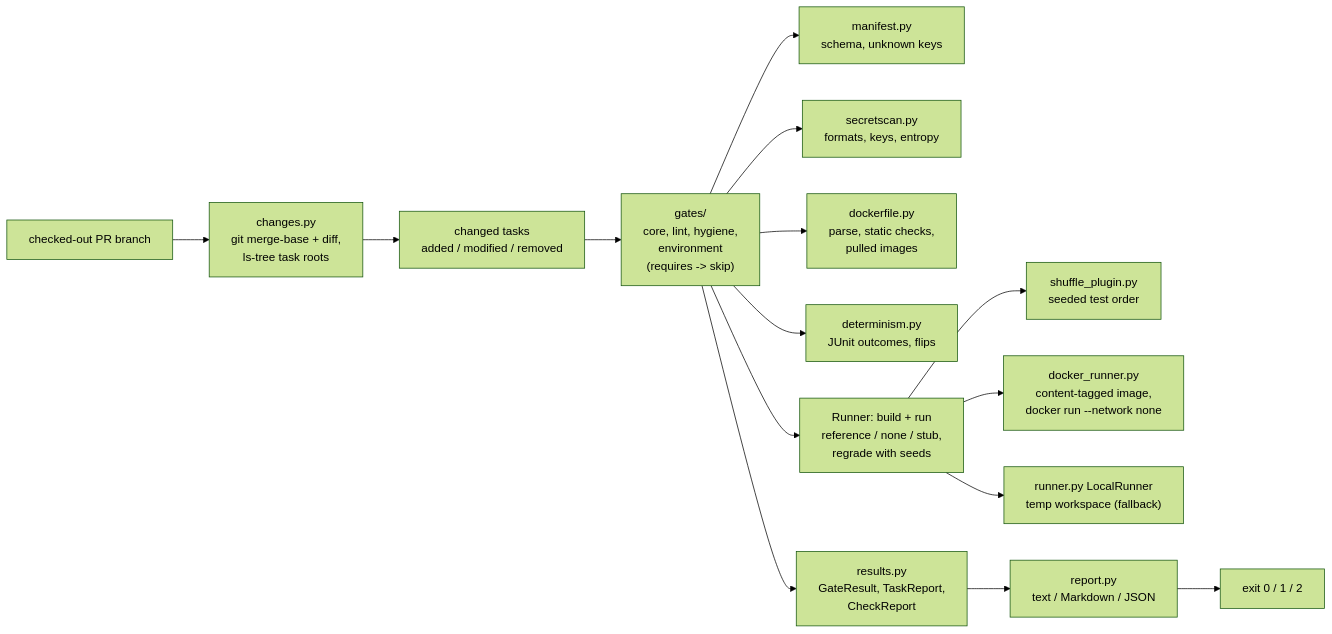
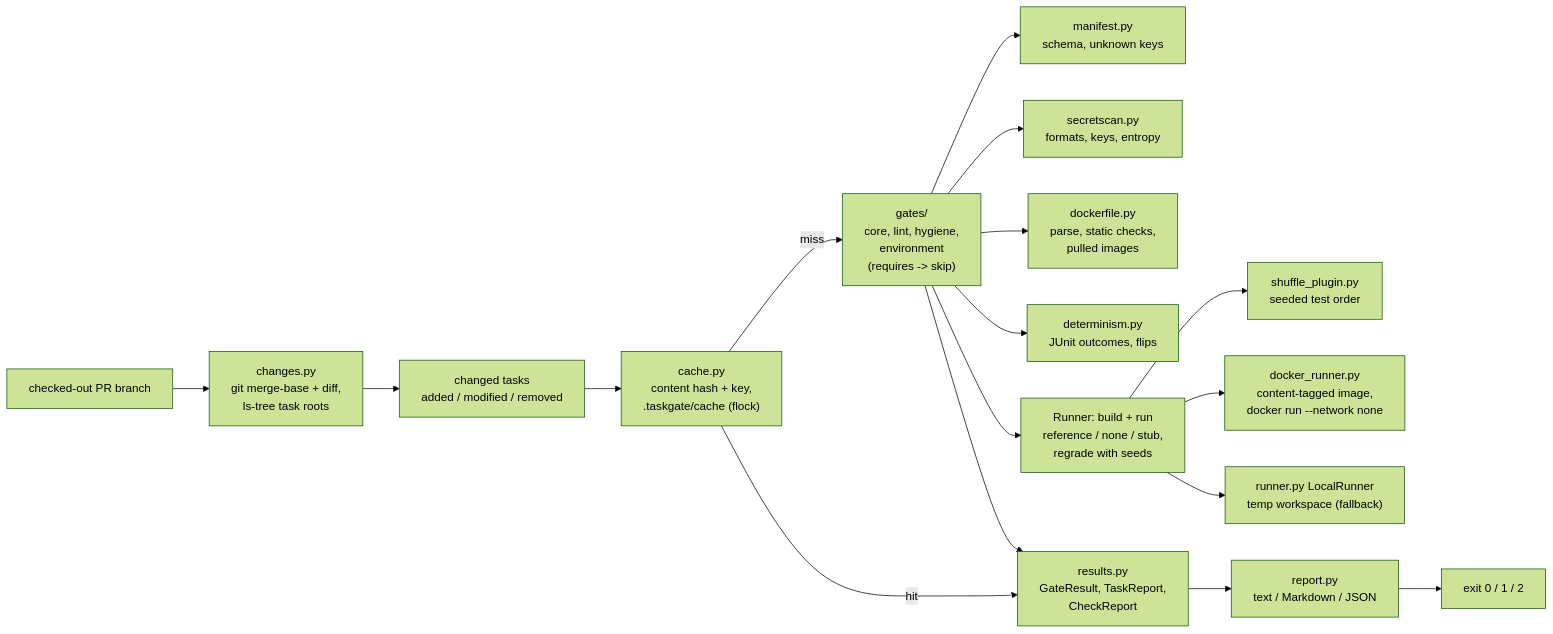
Before and after one commit to vipul21435/taskgate: the diagram in README.md, drawn with Mermaid (forest theme). The commit also changed other lines of this file and 2 other files, not shown here.

First line of the commit message:
docs: document the result cache with real output and tick slice 4

````diff
--- a/README.md
+++ b/README.md
@@ -431,17 +477,20 @@
 ```mermaid
 flowchart LR
     PR["checked-out PR branch"] --> CH["changes.py<br/>git merge-base + diff,<br/>ls-tree task roots"]
     CH --> TASKS["changed tasks<br/>added / modified / removed"]
-    TASKS --> GATES["gates/<br/>core, lint, hygiene,<br/>environment<br/>(requires -> skip)"]
+    GATES["gates/<br/>core, lint, hygiene,<br/>environment<br/>(requires -> skip)"]
     GATES --> MAN["manifest.py<br/>schema, unknown keys"]
     GATES --> SEC["secretscan.py<br/>formats, keys, entropy"]
     GATES --> DF["dockerfile.py<br/>parse, static checks,<br/>pulled images"]
     GATES --> DET["determinism.py<br/>JUnit outcomes, flips"]
     GATES --> RUN["Runner: build + run<br/>reference / none / stub,<br/>regrade with seeds"]
     RUN --> SHUF["shuffle_plugin.py<br/>seeded test order"]
     RUN --> DOCK["docker_runner.py<br/>content-tagged image,<br/>docker run --network none"]
     RUN --> LOC["runner.py LocalRunner<br/>temp workspace (fallback)"]
+    TASKS --> CACHE["cache.py<br/>content hash + key,<br/>.taskgate/cache (flock)"]
+    CACHE -- miss --> GATES
+    CACHE -- hit --> RES
     GATES --> RES["results.py<br/>GateResult, TaskReport,<br/>CheckReport"]
     RES --> REP["report.py<br/>text / Markdown / JSON"]
     REP --> EXIT["exit 0 / 1 / 2"]
 ```
````
